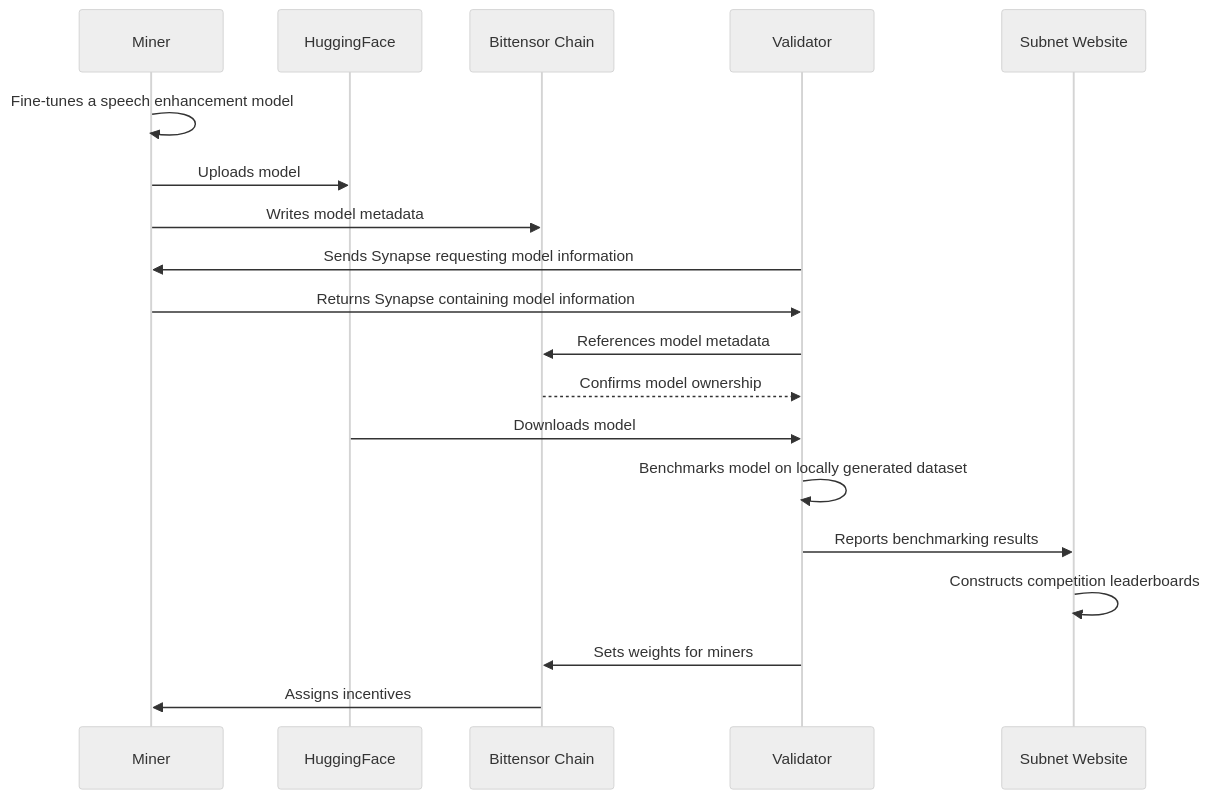
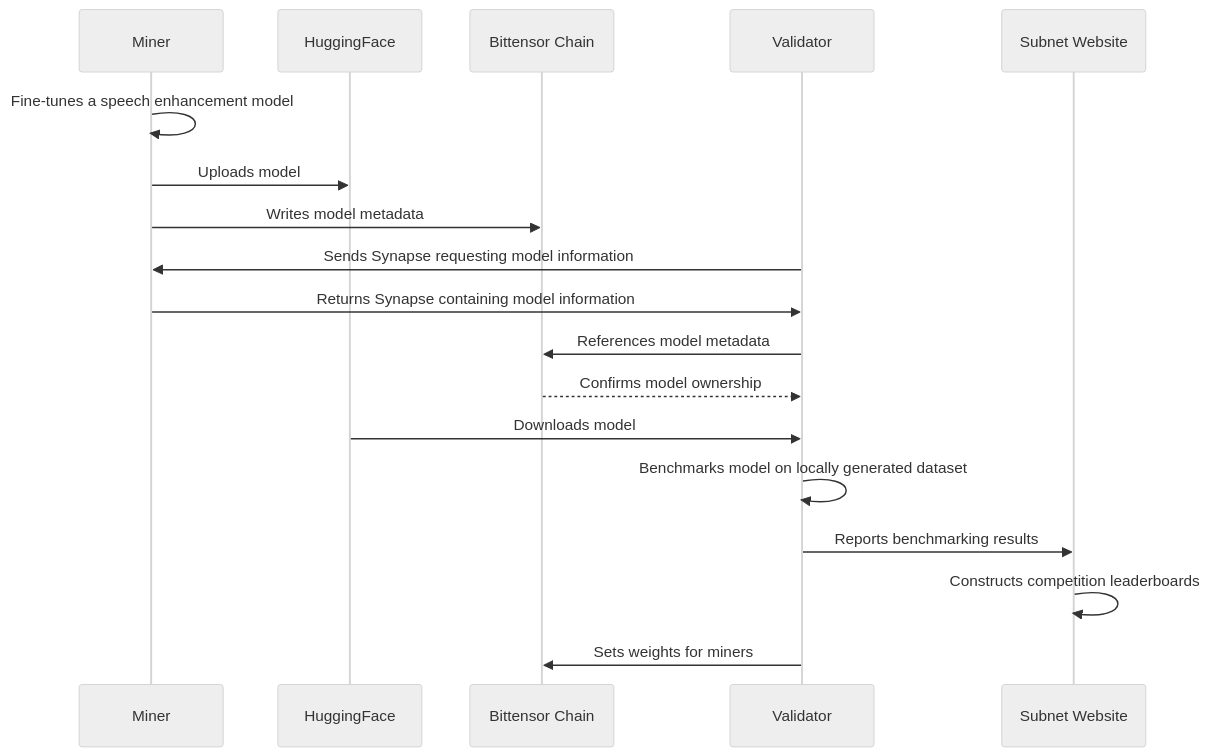
One commit to synapsec-ai/soundsright-subnet changed the diagram in subnet/subnet_architecture.md. Above: the diagram before and after it, drawn with Mermaid (neutral theme). The commit also changed other lines of this file and 3 other files, not shown here.

````diff
--- a/subnet/subnet_architecture.md
+++ b/subnet/subnet_architecture.md
@@ -16,22 +16,21 @@
 ```mermaid
 sequenceDiagram
     participant Miner
     participant HuggingFace
     participant Bittensor Chain
     participant Validator
     participant Subnet Website
 
     Miner->>Miner: Fine-tunes a speech enhancement model
     Miner->>HuggingFace: Uploads model
     Miner->>Bittensor Chain: Writes model metadata
     Validator->>Miner: Sends Synapse requesting model information
     Miner->>Validator: Returns Synapse containing model information
     Validator->>Bittensor Chain: References model metadata
     Bittensor Chain-->>Validator: Confirms model ownership
     HuggingFace->>Validator: Downloads model
     Validator->>Validator: Benchmarks model on locally generated dataset
     Validator->>Subnet Website: Reports benchmarking results
     Subnet Website->>Subnet Website: Constructs competition leaderboards
     Validator->>Bittensor Chain: Sets weights for miners
-    Bittensor Chain->>Miner: Assigns incentives 
 ```
````
